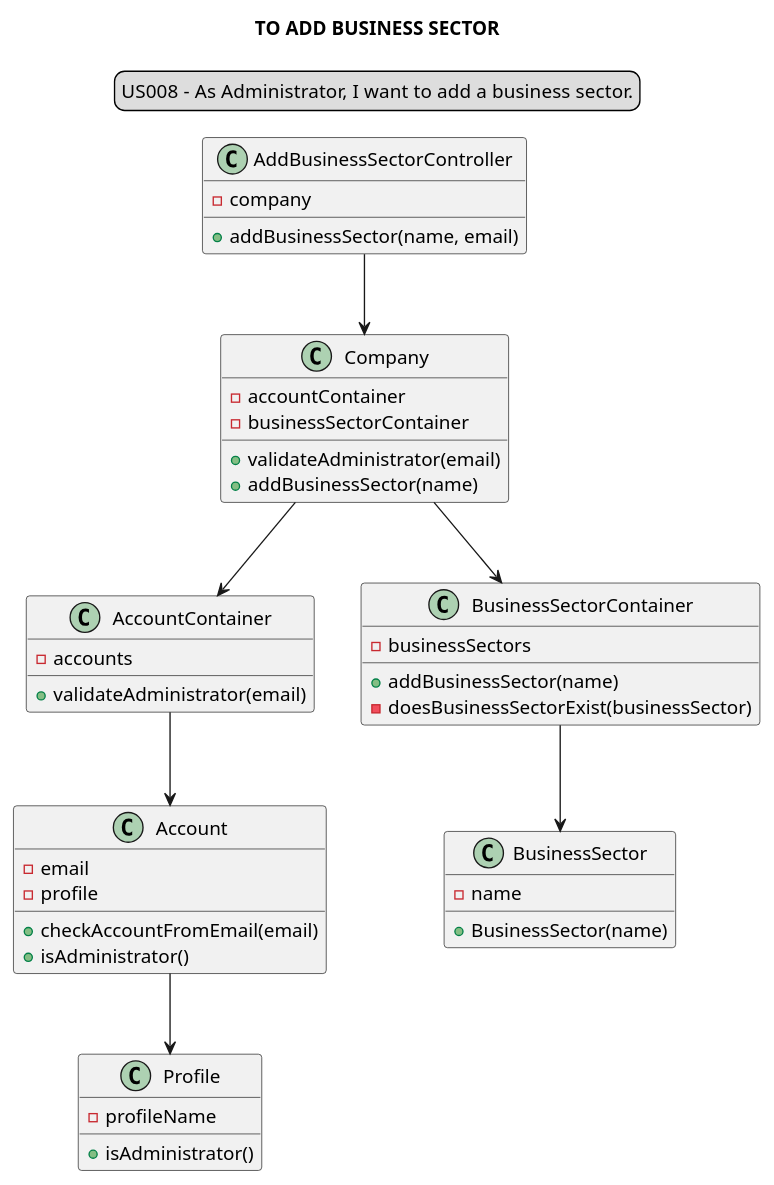
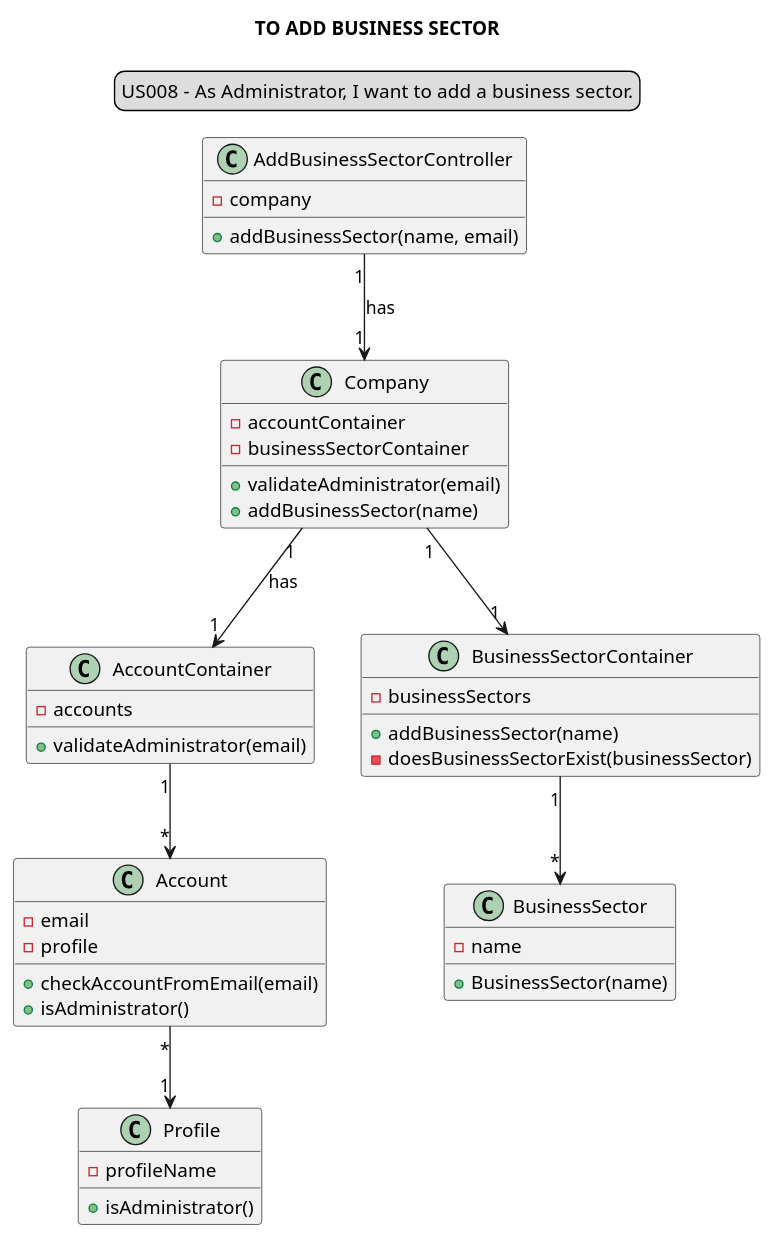
One commit to Loracline/project_switch_22-23 changed the diagram in docs/modelling_design/user_stories/sprint02/us008/US008_classDiagram.puml. Above: the diagram before and after it, drawn with PlantUML. The commit also changed 2 other files, not shown here.

Commit message:
US008-Design- creation of png and refinement classDiagram

```diff
--- a/docs/modelling_design/user_stories/sprint02/us008/US008_classDiagram.puml
+++ b/docs/modelling_design/user_stories/sprint02/us008/US008_classDiagram.puml
@@ -1,56 +1,56 @@
 @startuml
 'https://plantuml.com/class-diagram
 skinparam sequenceMessageAlign center
 title TO ADD BUSINESS SECTOR
 legend top
 US008 - As Administrator, I want to add a business sector.
 end legend
 class AddBusinessSectorController {
 -company
 +addBusinessSector(name, email)
 }
 
 
 class Company {
 -accountContainer
 -businessSectorContainer
 +validateAdministrator(email)
 +addBusinessSector(name)
 }
 
 class AccountContainer {
 -accounts
 +validateAdministrator(email)
 }
 
 class Account {
 -email
 -profile
 +checkAccountFromEmail(email)
 +isAdministrator()
 }
 
 class Profile{
 -profileName
 +isAdministrator()
 }
 
 class BusinessSectorContainer {
 -businessSectors
 +addBusinessSector(name)
 -doesBusinessSectorExist(businessSector)
 }
 
 class BusinessSector {
 -name
 +BusinessSector(name)
 }
 
-AddBusinessSectorController --> Company
-Company --> AccountContainer
-AccountContainer --> Account
-Account --> Profile
-Company --> BusinessSectorContainer
-BusinessSectorContainer --> BusinessSector
+AddBusinessSectorController "1"-->"1" Company: has
+Company "1"-->"1"  AccountContainer :has
+AccountContainer "1"-->"*"  Account
+Account "*"-->"1"  Profile
+Company "1"-->"1"  BusinessSectorContainer
+BusinessSectorContainer "1"-->"*"  BusinessSector
 
 @enduml
```
